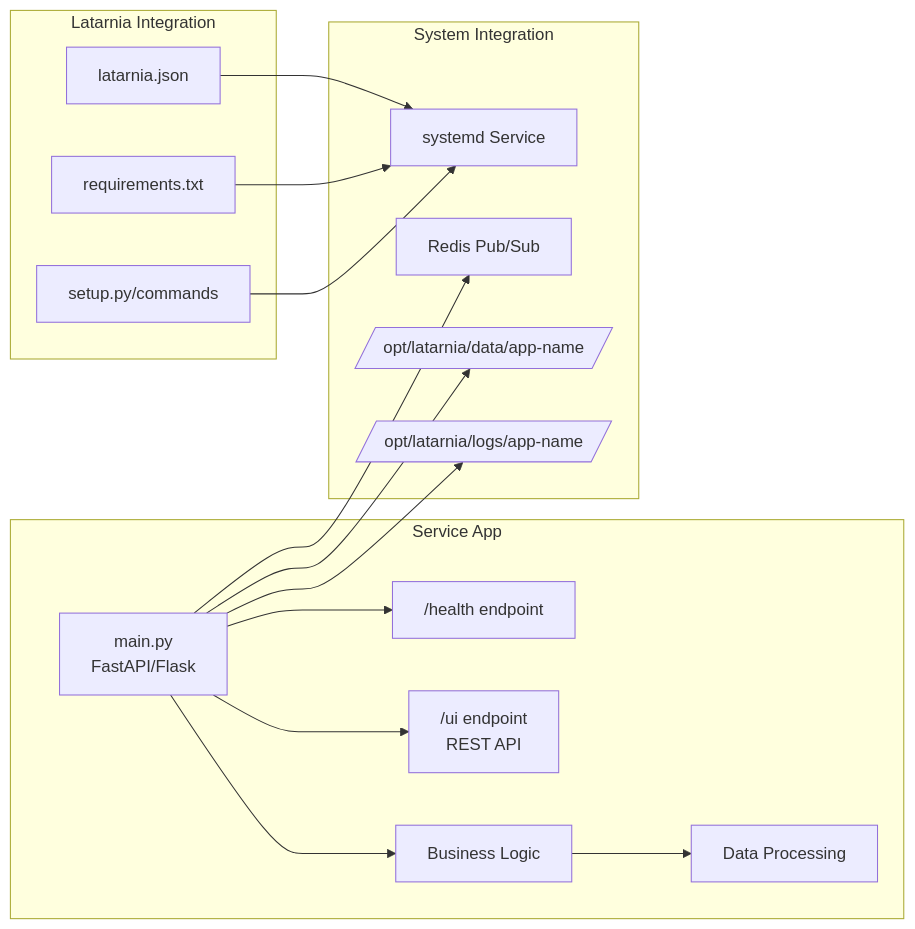
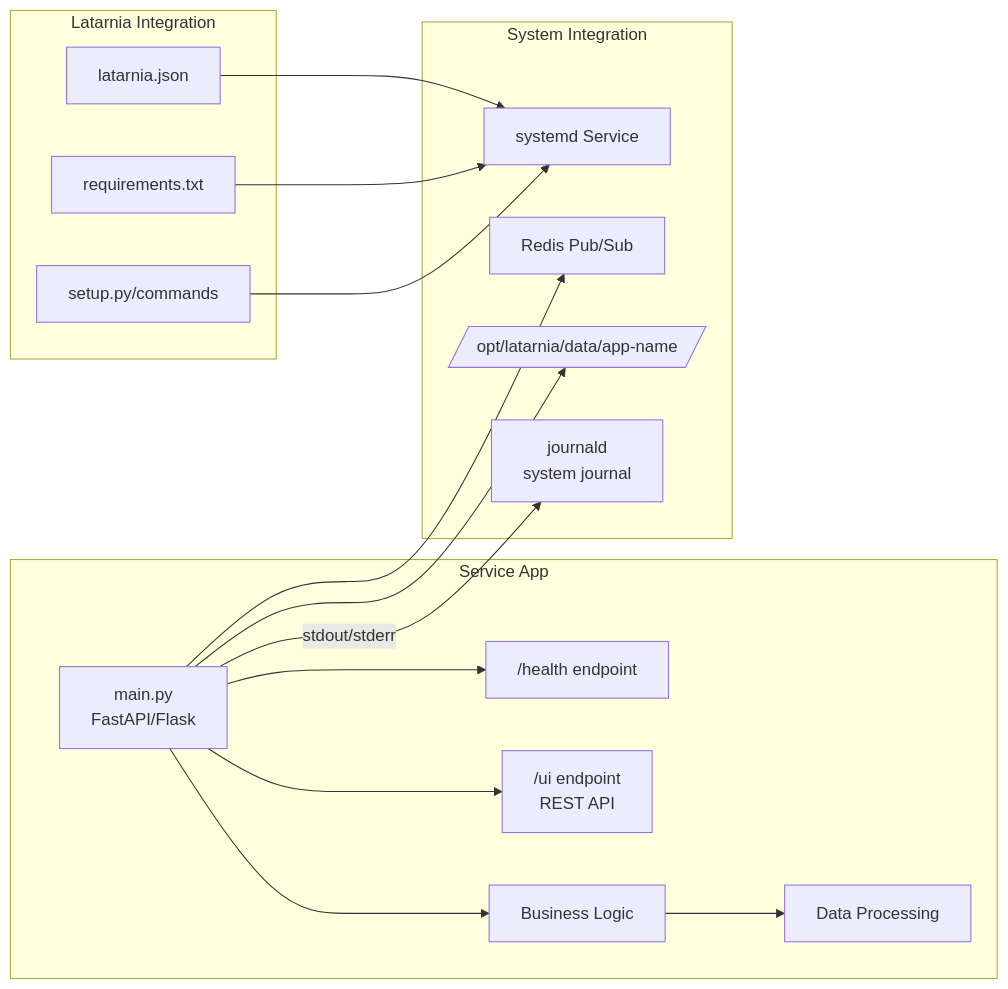
The second of 7 diagrams in docs/System/architecture.md (felipe-stanham/HomeHelper), drawn with Mermaid before and after one commit. The commit also changed other lines of this file and 3 other files, not shown here.

````diff
--- a/docs/System/architecture.md
+++ b/docs/System/architecture.md
@@ -193,36 +194,36 @@
 ```mermaid
 graph LR
     subgraph "Service App"
         Main[main.py<br/>FastAPI/Flask]
         Health[&sol;health endpoint]
         UI[&sol;ui endpoint<br/>REST API]
         Logic[Business Logic]
         Data[Data Processing]
     end
     
     subgraph "Latarnia Integration"
         Manifest[latarnia.json]
         Requirements[requirements.txt]
         Setup[setup.py/commands]
     end
     
     subgraph "System Integration"
         systemd[systemd Service]
         Redis[Redis Pub/Sub]
         Storage[/opt/latarnia/data/app-name/]
-        Logs[/opt/latarnia/logs/app-name/]
+        Journal[journald<br/>system journal]
     end
     
     Main --> Health
     Main --> UI
     Main --> Logic
     Logic --> Data
     
     Manifest --> systemd
     Requirements --> systemd
     Setup --> systemd
     
     Main --> Redis
     Main --> Storage
-    Main --> Logs
+    Main -->|stdout/stderr| Journal
 ```
````
